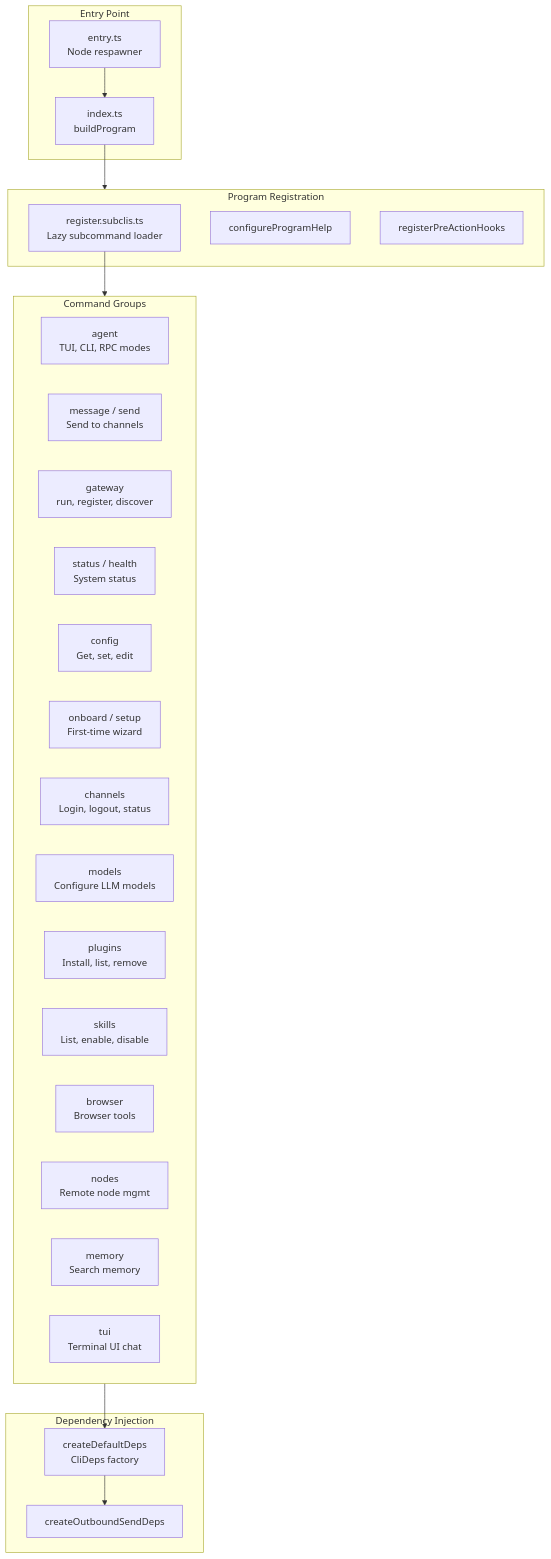
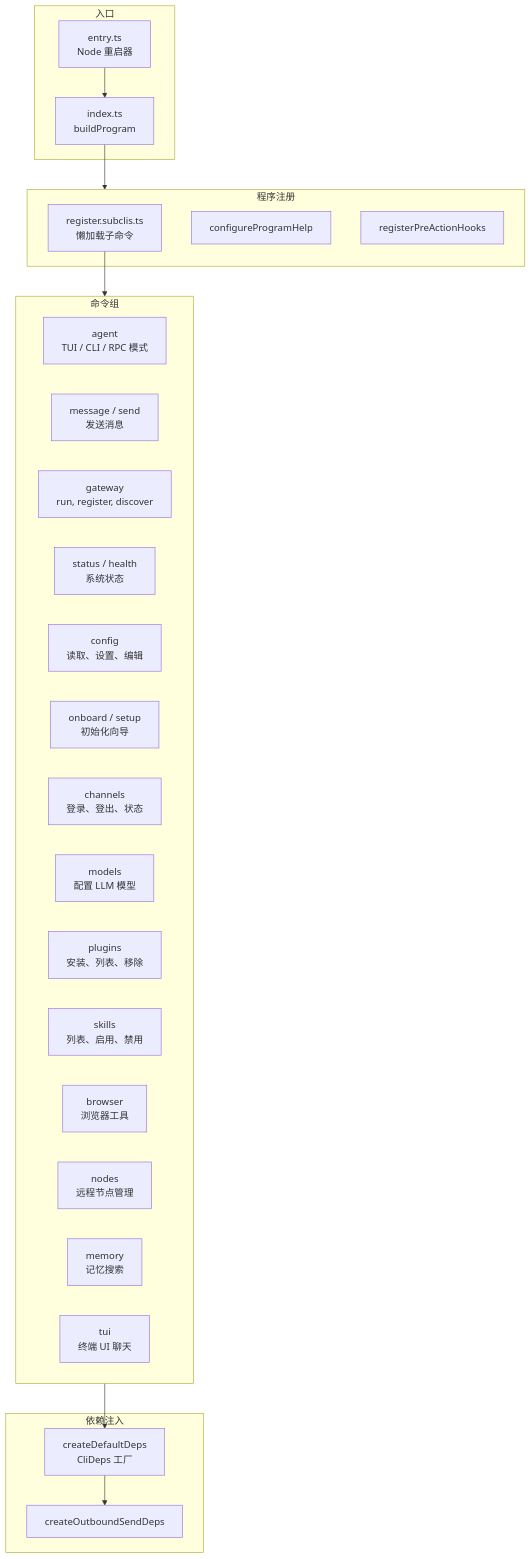
The third of 15 diagrams in docs/reference/architecture.md (dqaria/openclaw), drawn with Mermaid before and after one commit. The commit also changed other lines of this file, not shown here.

First line of the commit message:
docs: rewrite architecture documentation in Chinese

````diff
--- a/docs/reference/architecture.md
+++ b/docs/reference/architecture.md
@@ -180,41 +180,41 @@
 ```mermaid
 graph TB
-    subgraph Entry["Entry Point"]
-        ENTRY_TS[entry.ts<br/>Node respawner]
-        INDEX_TS[index.ts<br/>buildProgram]
+    subgraph Entry["入口"]
+        ENTRY_TS["entry.ts<br/>Node 重启器"]
+        INDEX_TS["index.ts<br/>buildProgram"]
     end
 
-    subgraph Program["Program Registration"]
-        REG[register.subclis.ts<br/>Lazy subcommand loader]
+    subgraph Program["程序注册"]
+        REG["register.subclis.ts<br/>懒加载子命令"]
         HELP[configureProgramHelp]
         HOOKS[registerPreActionHooks]
     end
 
-    subgraph Commands["Command Groups"]
-        AGENT[agent<br/>TUI, CLI, RPC modes]
-        MSG[message / send<br/>Send to channels]
-        GW_CMD[gateway<br/>run, register, discover]
-        STATUS[status / health<br/>System status]
-        CONFIG_CMD[config<br/>Get, set, edit]
-        ONBOARD[onboard / setup<br/>First-time wizard]
-        CHANNELS[channels<br/>Login, logout, status]
-        MODELS[models<br/>Configure LLM models]
-        PLUGINS_CMD[plugins<br/>Install, list, remove]
-        SKILLS[skills<br/>List, enable, disable]
-        BROWSER[browser<br/>Browser tools]
-        NODES[nodes<br/>Remote node mgmt]
-        MEMORY_CMD[memory<br/>Search memory]
-        TUI_CMD[tui<br/>Terminal UI chat]
+    subgraph Commands["命令组"]
+        AGENT["agent<br/>TUI / CLI / RPC 模式"]
+        MSG["message / send<br/>发送消息"]
+        GW_CMD["gateway<br/>run, register, discover"]
+        STATUS["status / health<br/>系统状态"]
+        CONFIG_CMD["config<br/>读取、设置、编辑"]
+        ONBOARD["onboard / setup<br/>初始化向导"]
+        CHANNELS["channels<br/>登录、登出、状态"]
+        MODELS["models<br/>配置 LLM 模型"]
+        PLUGINS_CMD["plugins<br/>安装、列表、移除"]
+        SKILLS["skills<br/>列表、启用、禁用"]
+        BROWSER["browser<br/>浏览器工具"]
+        NODES["nodes<br/>远程节点管理"]
+        MEMORY_CMD["memory<br/>记忆搜索"]
+        TUI_CMD["tui<br/>终端 UI 聊天"]
     end
 
-    subgraph Deps["Dependency Injection"]
-        CLI_DEPS[createDefaultDeps<br/>CliDeps factory]
+    subgraph Deps["依赖注入"]
+        CLI_DEPS["createDefaultDeps<br/>CliDeps 工厂"]
         SEND_DEPS[createOutboundSendDeps]
     end
 
     ENTRY_TS --> INDEX_TS
     INDEX_TS --> Program
     REG --> Commands
     CLI_DEPS --> SEND_DEPS
     Commands --> CLI_DEPS
 ```
````
